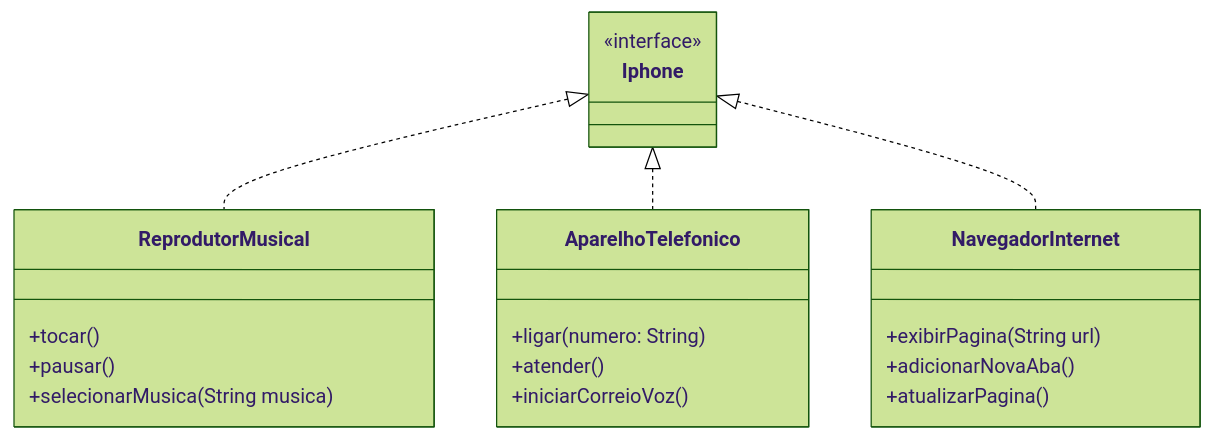
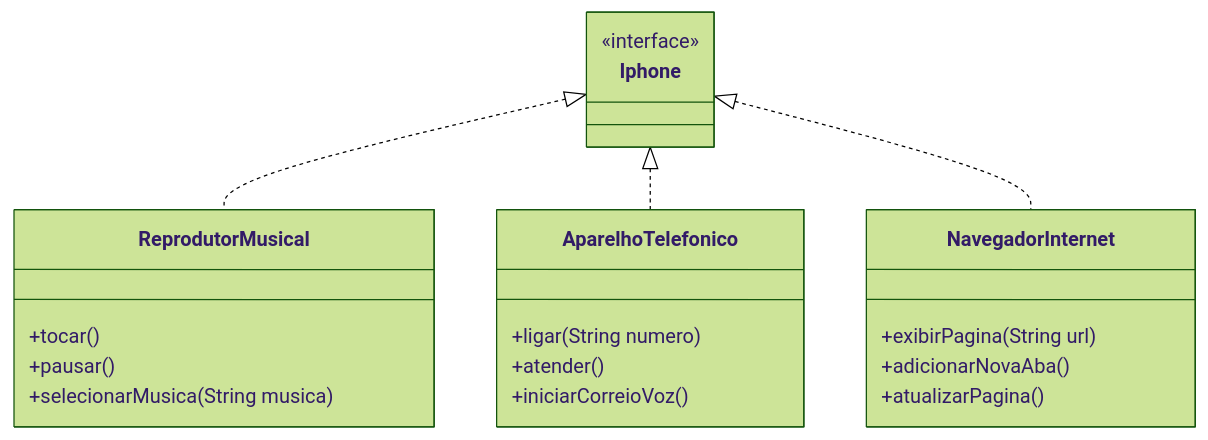
One commit to fillipe-bs/dio-trilha-java-basico changed the diagram in projects/desafio-diagrama-uml-iphone-interface/README.md. Above: the diagram before and after it, drawn with Mermaid (forest theme).

````diff
--- a/projects/desafio-diagrama-uml-iphone-interface/README.md
+++ b/projects/desafio-diagrama-uml-iphone-interface/README.md
@@ -13,29 +13,29 @@
 ```mermaid
 classDiagram
     class Iphone {
         <<interface>>
     }
 
     class ReprodutorMusical {
         +tocar()
         +pausar()
         +selecionarMusica(String musica)
     }
 
     class AparelhoTelefonico {
-        +ligar(numero: String)
+        +ligar(String numero)
         +atender()
         +iniciarCorreioVoz()
     }
 
     class NavegadorInternet {
         +exibirPagina(String url)
         +adicionarNovaAba()
         +atualizarPagina()
     }
 
     Iphone <|.. ReprodutorMusical
     Iphone <|.. AparelhoTelefonico
     Iphone <|.. NavegadorInternet
     
 ```
````
